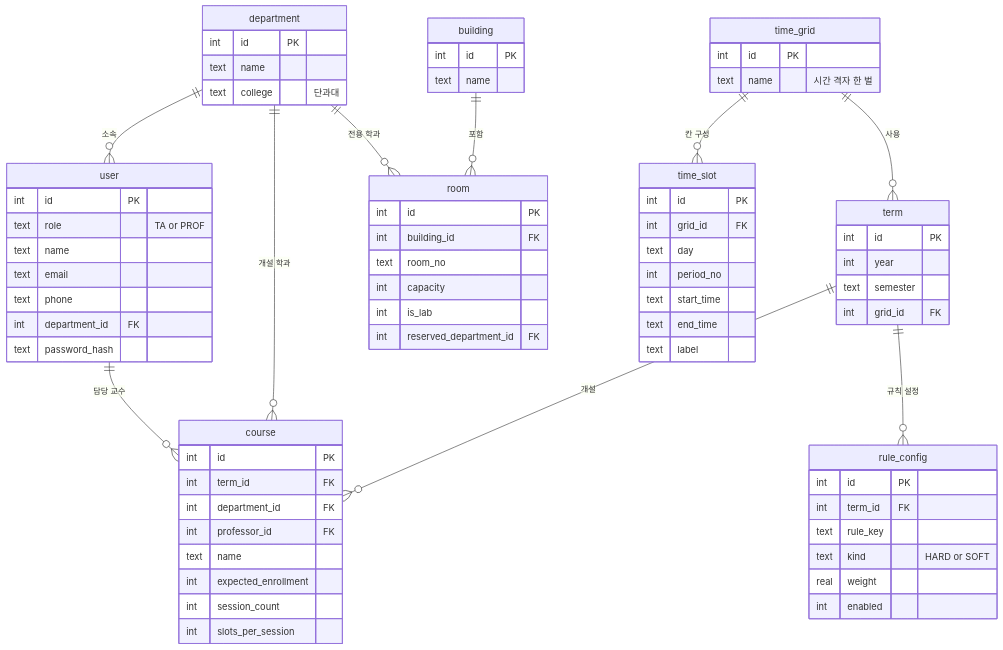
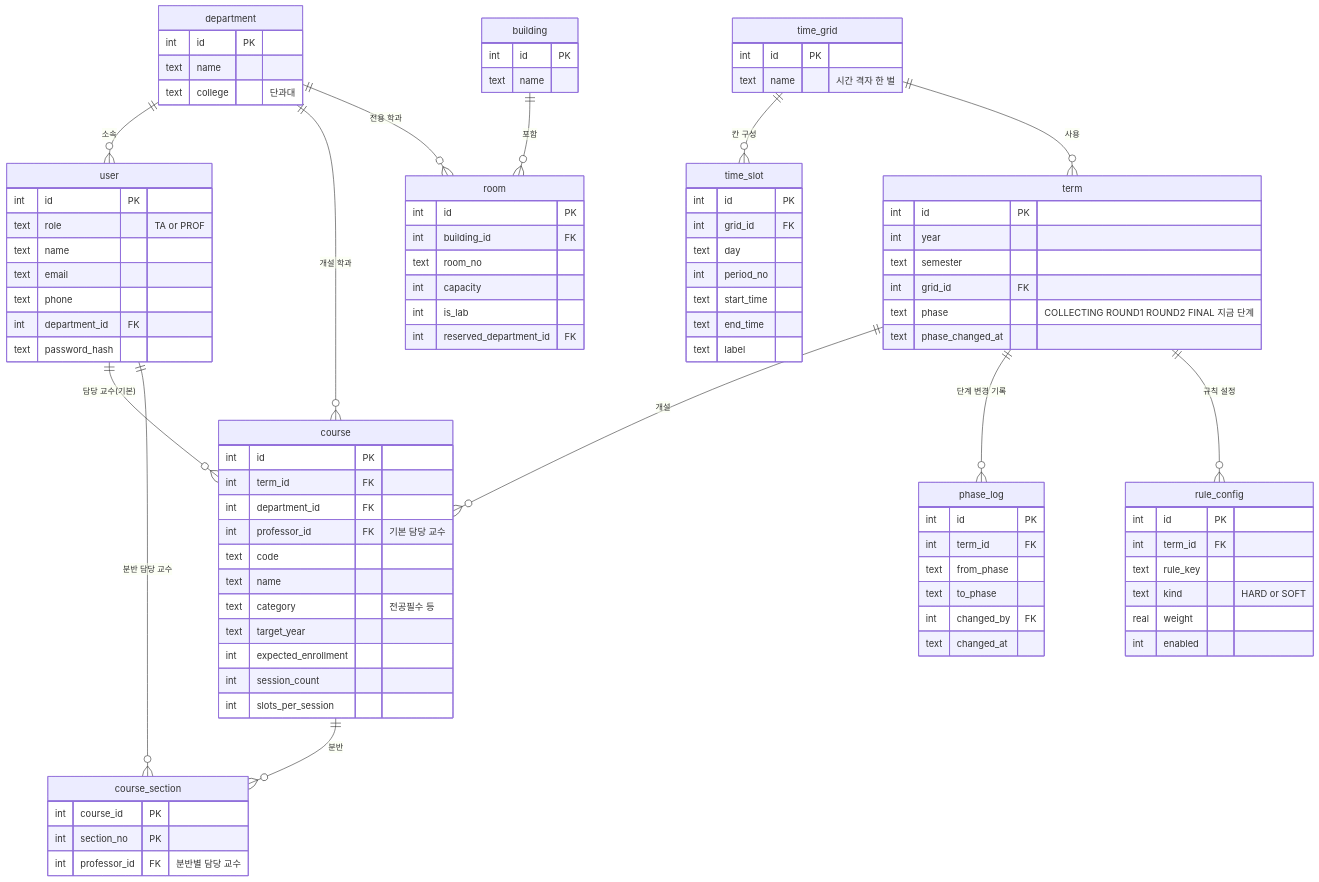
One commit to NLPproject-ssuTeam12/ssu-room changed the diagram in db/docs/c1.mmd. Above: the diagram before and after it, drawn with Mermaid. The commit also changed 29 other files, not shown here.

```diff
--- a/db/docs/c1.mmd
+++ b/db/docs/c1.mmd
@@ -1,73 +1,94 @@
 erDiagram
     department ||--o{ user : "소속"
     department ||--o{ course : "개설 학과"
     department ||--o{ room : "전용 학과"
     time_grid ||--o{ time_slot : "칸 구성"
     time_grid ||--o{ term : "사용"
     term ||--o{ course : "개설"
+    term ||--o{ phase_log : "단계 변경 기록"
     term ||--o{ rule_config : "규칙 설정"
-    user ||--o{ course : "담당 교수"
+    user ||--o{ course : "담당 교수(기본)"
+    course ||--o{ course_section : "분반"
+    user ||--o{ course_section : "분반 담당 교수"
     building ||--o{ room : "포함"
     department {
         int id PK
         text name
         text college "단과대"
     }
     user {
         int id PK
         text role "TA or PROF"
         text name
         text email
         text phone
         int department_id FK
         text password_hash
     }
     time_grid {
         int id PK
         text name "시간 격자 한 벌"
     }
     time_slot {
         int id PK
         int grid_id FK
         text day
         int period_no
         text start_time
         text end_time
         text label
     }
     term {
         int id PK
         int year
         text semester
         int grid_id FK
+        text phase "COLLECTING ROUND1 ROUND2 FINAL 지금 단계"
+        text phase_changed_at
+    }
+    phase_log {
+        int id PK
+        int term_id FK
+        text from_phase
+        text to_phase
+        int changed_by FK
+        text changed_at
     }
     building {
         int id PK
         text name
     }
     room {
         int id PK
         int building_id FK
         text room_no
         int capacity
         int is_lab
         int reserved_department_id FK
     }
     course {
         int id PK
         int term_id FK
         int department_id FK
-        int professor_id FK
+        int professor_id FK "기본 담당 교수"
+        text code
         text name
+        text category "전공필수 등"
+        text target_year
         int expected_enrollment
         int session_count
         int slots_per_session
+    }
+    course_section {
+        int course_id PK
+        int section_no PK
+        int professor_id FK "분반별 담당 교수"
     }
     rule_config {
         int id PK
         int term_id FK
         text rule_key
         text kind "HARD or SOFT"
         real weight
         int enabled
     }
```
